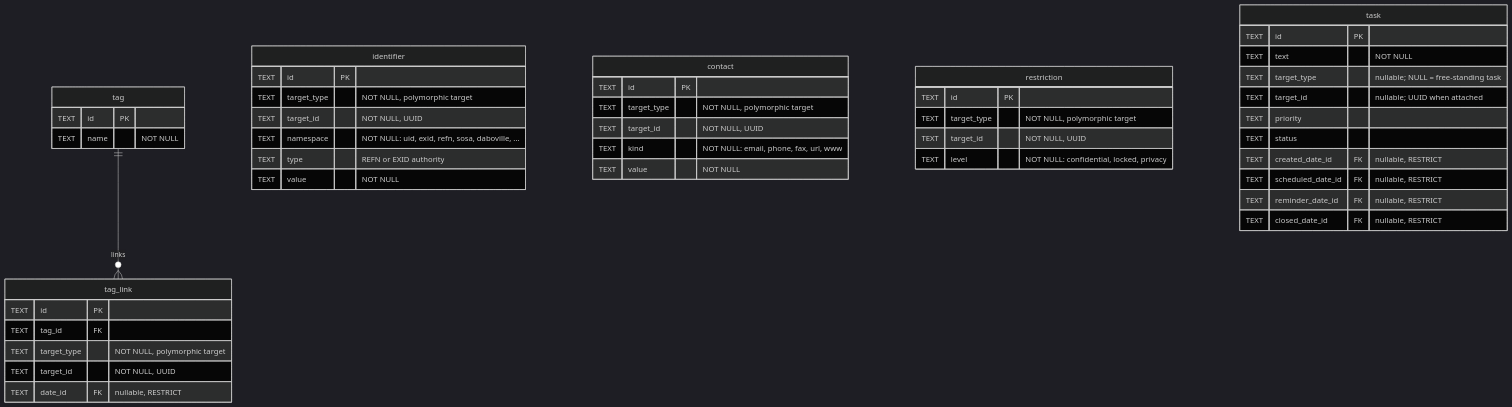
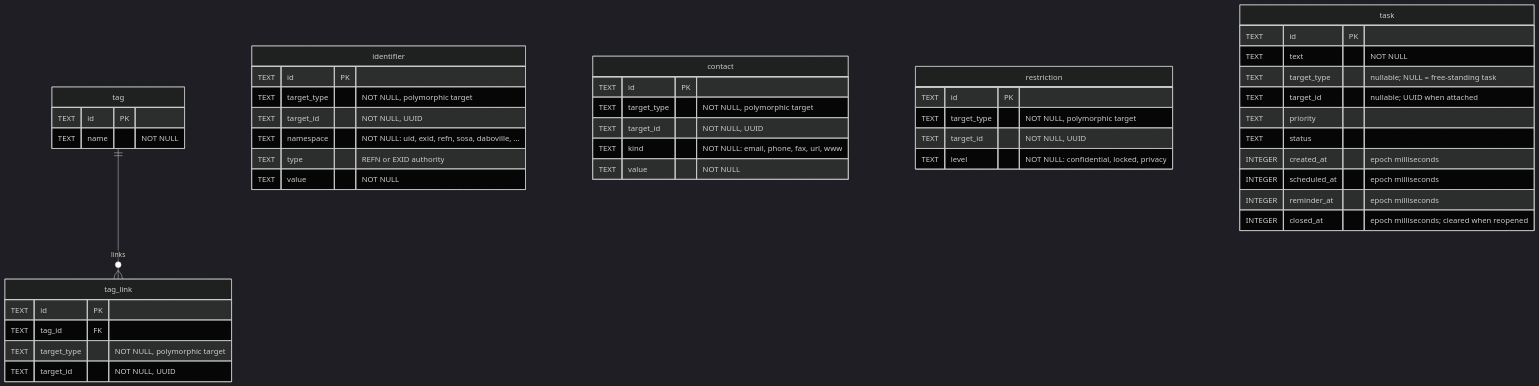
Before and after one commit to borisovodov/doru: diagram 12 of 12 in docs/db-schema.md, drawn with Mermaid (dark theme). The commit also changed other lines of this file and 56 other files, not shown here.

````diff
--- a/docs/db-schema.md
+++ b/docs/db-schema.md
@@ -847,54 +847,53 @@
 ```mermaid
 erDiagram
     tag ||--o{ tag_link : "links"
 
     identifier {
         TEXT id PK
         TEXT target_type "NOT NULL, polymorphic target"
         TEXT target_id "NOT NULL, UUID"
         TEXT namespace "NOT NULL: uid, exid, refn, sosa, daboville, ..."
         TEXT type "REFN or EXID authority"
         TEXT value "NOT NULL"
     }
 
     contact {
         TEXT id PK
         TEXT target_type "NOT NULL, polymorphic target"
         TEXT target_id "NOT NULL, UUID"
         TEXT kind "NOT NULL: email, phone, fax, url, www"
         TEXT value "NOT NULL"
     }
 
     restriction {
         TEXT id PK
         TEXT target_type "NOT NULL, polymorphic target"
         TEXT target_id "NOT NULL, UUID"
         TEXT level "NOT NULL: confidential, locked, privacy"
     }
 
     tag {
         TEXT id PK
         TEXT name "NOT NULL"
     }
 
     tag_link {
         TEXT id PK
         TEXT tag_id FK
         TEXT target_type "NOT NULL, polymorphic target"
         TEXT target_id "NOT NULL, UUID"
-        TEXT date_id FK "nullable, RESTRICT"
     }
 
     task {
         TEXT id PK
         TEXT text "NOT NULL"
         TEXT target_type "nullable; NULL = free-standing task"
         TEXT target_id "nullable; UUID when attached"
         TEXT priority
         TEXT status
-        TEXT created_date_id FK "nullable, RESTRICT"
-        TEXT scheduled_date_id FK "nullable, RESTRICT"
-        TEXT reminder_date_id FK "nullable, RESTRICT"
-        TEXT closed_date_id FK "nullable, RESTRICT"
+        INTEGER created_at "epoch milliseconds"
+        INTEGER scheduled_at "epoch milliseconds"
+        INTEGER reminder_at "epoch milliseconds"
+        INTEGER closed_at "epoch milliseconds; cleared when reopened"
     }
 ```
````
